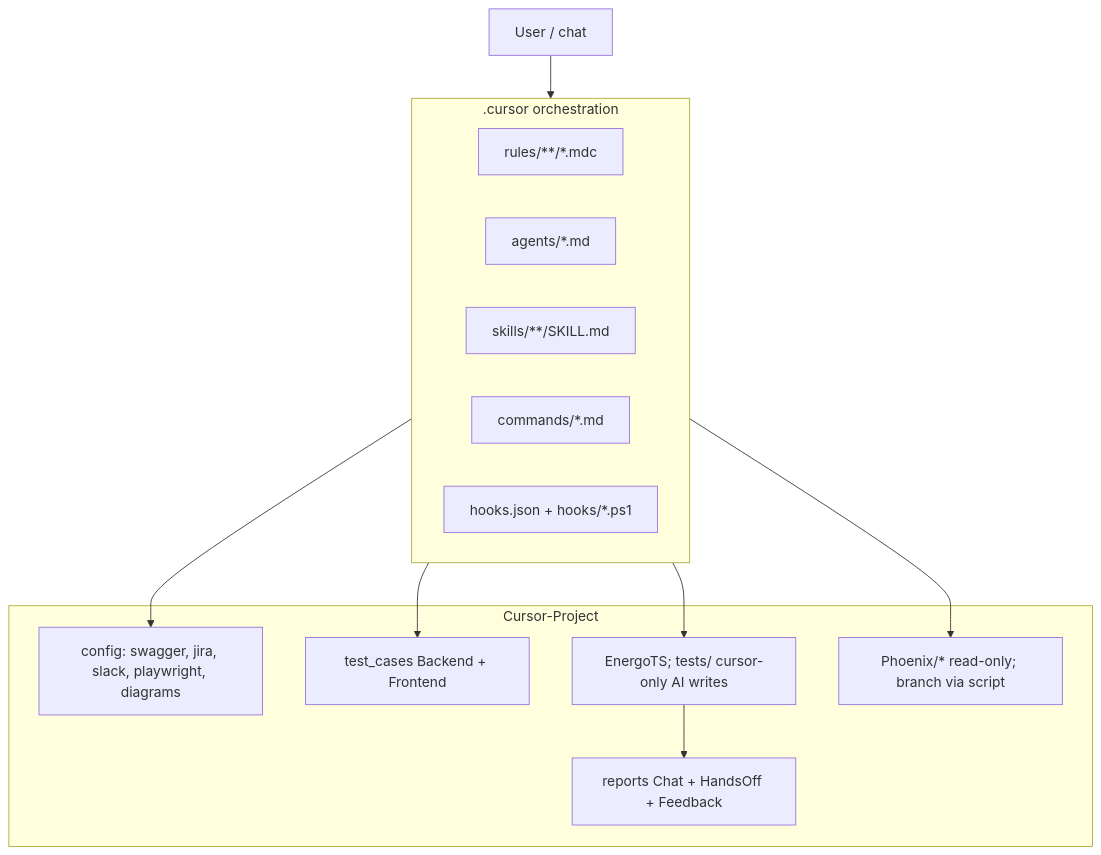
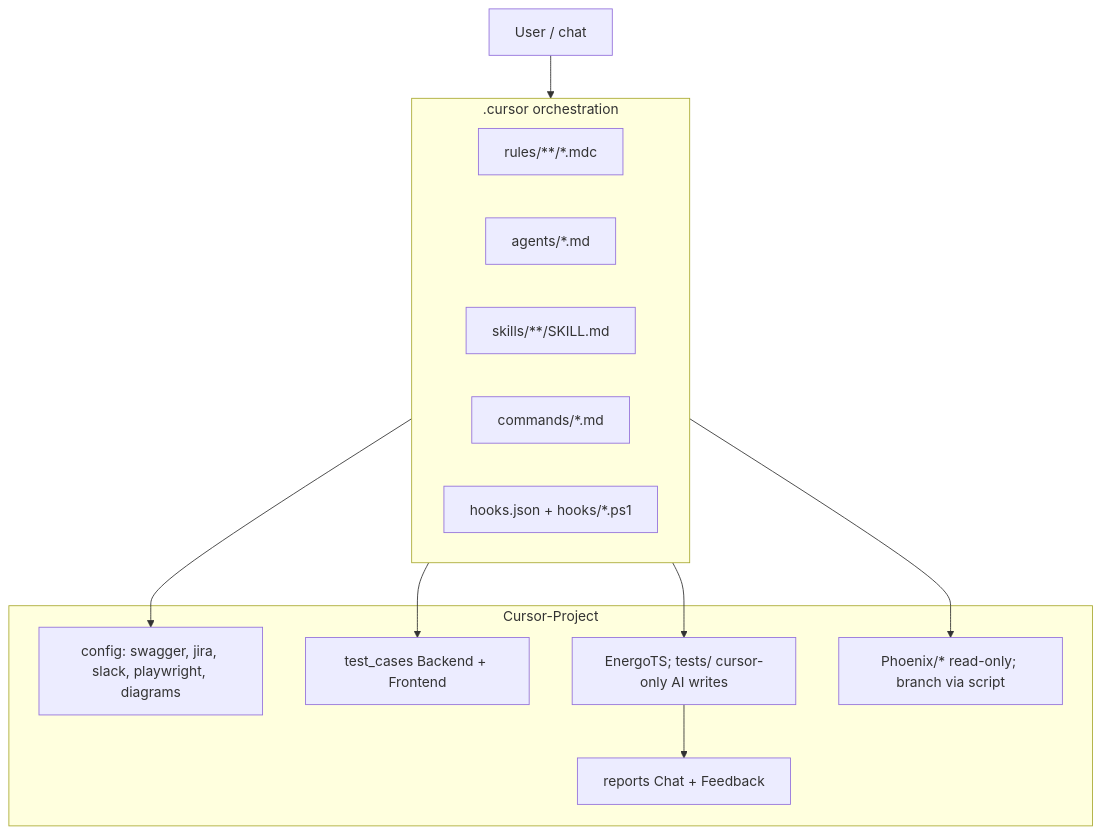
One commit to Nika-Kevlishvili/CURSOR-PROJECT changed the diagram in Cursor-Project/docs/WORKSPACE_PATTERNS.md. Above: the diagram before and after it, drawn with Mermaid. The commit also changed other lines of this file and 89 other files, not shown here.

````diff
--- a/Cursor-Project/docs/WORKSPACE_PATTERNS.md
+++ b/Cursor-Project/docs/WORKSPACE_PATTERNS.md
@@ -66,23 +66,23 @@
 ```mermaid
 flowchart TB
   subgraph cursorCfg [".cursor orchestration"]
     rules["rules/**/*.mdc"]
     agents["agents/*.md"]
     skills["skills/**/SKILL.md"]
     cmds["commands/*.md"]
     hooks["hooks.json + hooks/*.ps1"]
   end
   subgraph cp ["Cursor-Project"]
     config["config: swagger, jira, slack, playwright, diagrams"]
     tc["test_cases Backend + Frontend"]
-    rep["reports Chat + HandsOff + Feedback"]
+    rep["reports Chat + Feedback"]
     ets["EnergoTS; tests/ cursor-only AI writes"]
     phx["Phoenix/* read-only; branch via script"]
   end
   User[User / chat] --> cursorCfg
   cursorCfg --> tc
   cursorCfg --> config
   cursorCfg --> ets
   cursorCfg --> phx
   ets --> rep
 ```
````
